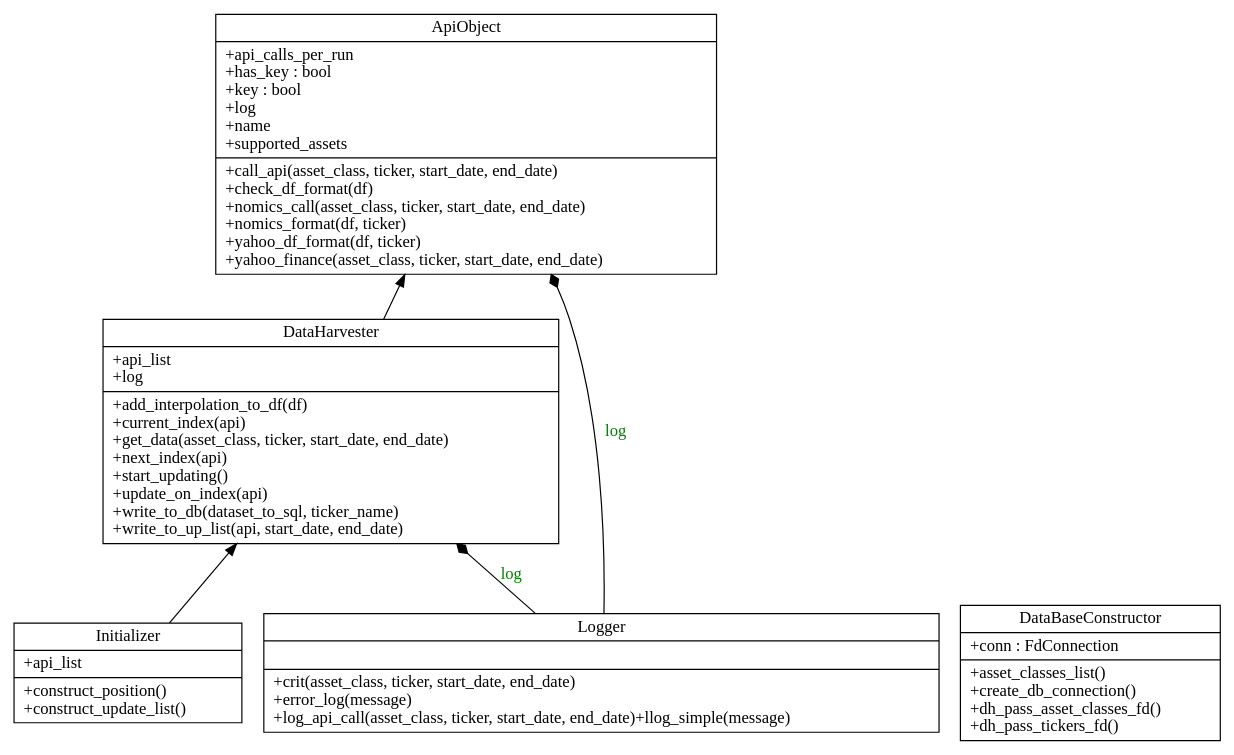
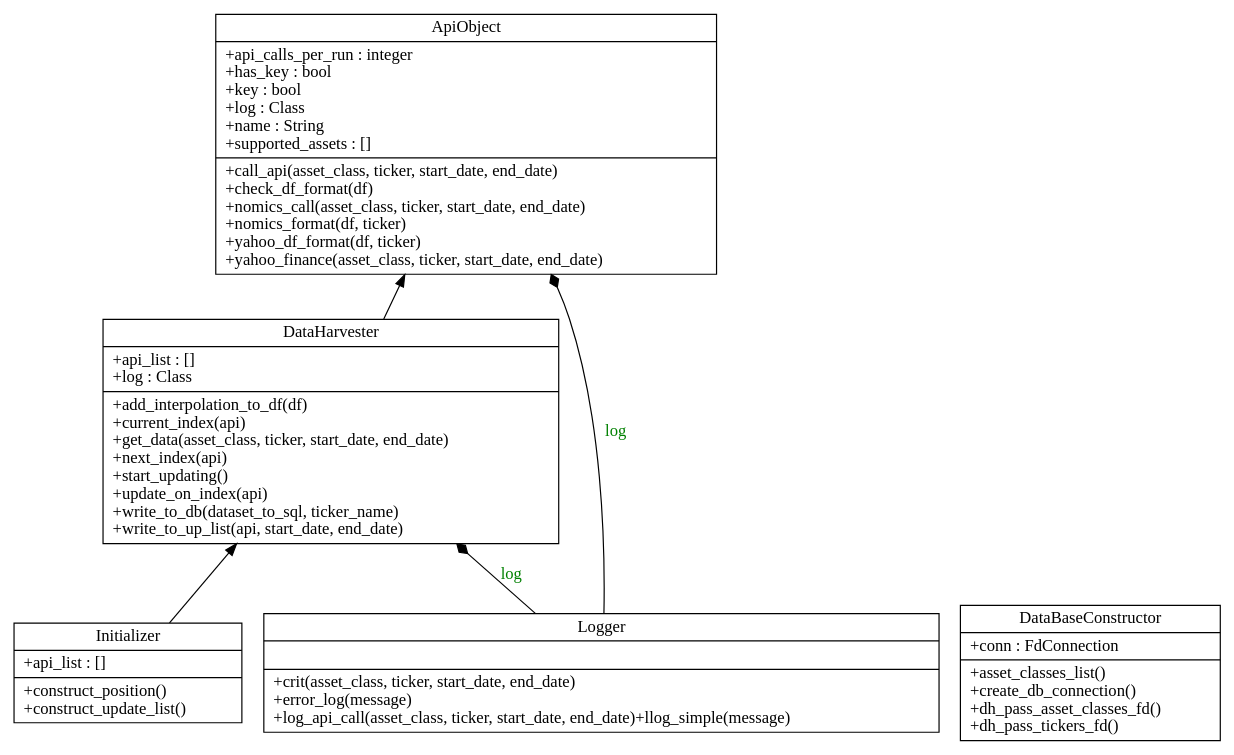
One commit to Veluga/Thalia-Backtesting-Tool changed the diagram in Report/uml/classes_dhav_core.dot. Above: the diagram before and after it, drawn with Graphviz.

```diff
--- a/Report/uml/classes_dhav_core.dot
+++ b/Report/uml/classes_dhav_core.dot
@@ -1,13 +1,13 @@
 digraph "classes_dhav_core" {
 charset="utf-8"
 rankdir=BT
-"0" [label="{ApiObject|+api_calls_per_run\l+has_key : bool\l+key : bool\l+log\l+name\l+supported_assets\l|+call_api(asset_class, ticker, start_date, end_date)\l+check_df_format(df)\l+nomics_call(asset_class, ticker, start_date, end_date)\l+nomics_format(df, ticker)\l+yahoo_df_format(df, ticker)\l+yahoo_finance(asset_class, ticker, start_date, end_date)\l}", shape="record"];
+"0" [label="{ApiObject|+api_calls_per_run : integer\l+has_key : bool\l+key : bool\l+log : Class\l+name : String\l+supported_assets : []\l|+call_api(asset_class, ticker, start_date, end_date)\l+check_df_format(df)\l+nomics_call(asset_class, ticker, start_date, end_date)\l+nomics_format(df, ticker)\l+yahoo_df_format(df, ticker)\l+yahoo_finance(asset_class, ticker, start_date, end_date)\l}", shape="record"];
 "1" [label="{DataBaseConstructor|+conn : FdConnection\l|+asset_classes_list()\l+create_db_connection()\l+dh_pass_asset_classes_fd()\l+dh_pass_tickers_fd()\l}", shape="record"];
-"2" [label="{DataHarvester|+api_list\l+log\l|+add_interpolation_to_df(df)\l+current_index(api)\l+get_data(asset_class, ticker, start_date, end_date)\l+next_index(api)\l+start_updating()\l+update_on_index(api)\l+write_to_db(dataset_to_sql, ticker_name)\l+write_to_up_list(api, start_date, end_date)\l}", shape="record"];
-"3" [label="{Initializer|+api_list\l|+construct_position()\l+construct_update_list()\l}", shape="record"];
+"2" [label="{DataHarvester|+api_list : []\l+log : Class\l|+add_interpolation_to_df(df)\l+current_index(api)\l+get_data(asset_class, ticker, start_date, end_date)\l+next_index(api)\l+start_updating()\l+update_on_index(api)\l+write_to_db(dataset_to_sql, ticker_name)\l+write_to_up_list(api, start_date, end_date)\l}", shape="record"];
+"3" [label="{Initializer|+api_list : []\l|+construct_position()\l+construct_update_list()\l}", shape="record"];
 "4" [label="{Logger|\l|+crit(asset_class, ticker, start_date, end_date)\l+error_log(message)\l+log_api_call(asset_class, ticker, start_date, end_date)\+llog_simple(message)\l}", shape="record"];
 "4" -> "0" [arrowhead="diamond", arrowtail="none", fontcolor="green", label="log", style="solid"];
 "4" -> "2" [arrowhead="diamond", arrowtail="none", fontcolor="green", label="log", style="solid"];
 "3" -> "2" [arrowhead="normal", arrowtail="none", style="solid"];
 "2" -> "0" [arrowhead="normal", arrowtail="none", style="solid"];
 }
```
